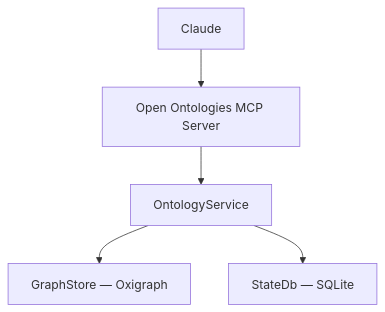
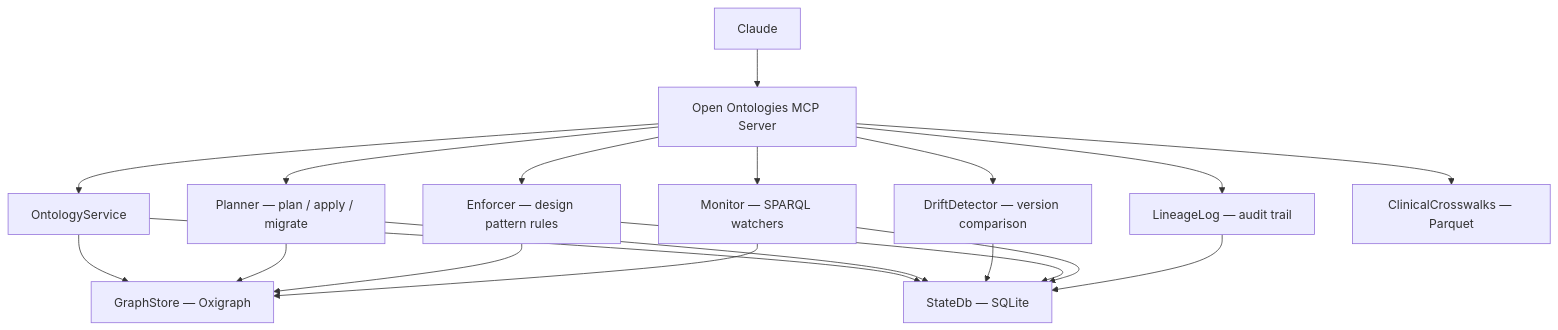
The third of 4 diagrams in README.md (fabio-rovai/open-ontologies), drawn with Mermaid before and after one commit. The commit also changed other lines of this file and 1 other file, not shown here.

````diff
--- a/README.md
+++ b/README.md
@@ -131,13 +131,33 @@
 ```mermaid
 flowchart TD
     Claude["Claude"]
     MCP["Open Ontologies MCP Server"]
     OntologyService["OntologyService"]
     GraphStore["GraphStore — Oxigraph"]
     StateDb["StateDb — SQLite"]
+    Planner["Planner — plan / apply / migrate"]
+    DriftDetector["DriftDetector — version comparison"]
+    Enforcer["Enforcer — design pattern rules"]
+    Monitor["Monitor — SPARQL watchers"]
+    Lineage["LineageLog — audit trail"]
+    Clinical["ClinicalCrosswalks — Parquet"]
 
     Claude --> MCP
     MCP --> OntologyService
+    MCP --> Planner
+    MCP --> DriftDetector
+    MCP --> Enforcer
+    MCP --> Monitor
+    MCP --> Lineage
+    MCP --> Clinical
     OntologyService --> GraphStore
     OntologyService --> StateDb
+    Planner --> GraphStore
+    Planner --> StateDb
+    DriftDetector --> StateDb
+    Enforcer --> GraphStore
+    Enforcer --> StateDb
+    Monitor --> GraphStore
+    Monitor --> StateDb
+    Lineage --> StateDb
 ```
````
